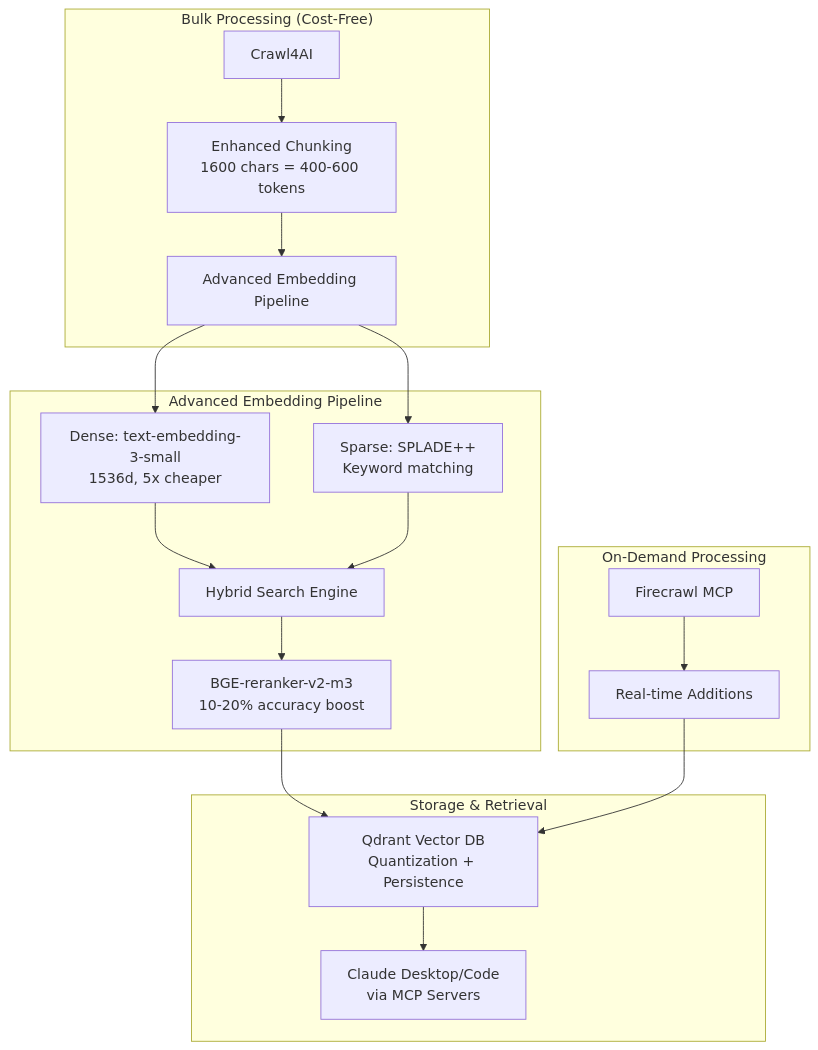
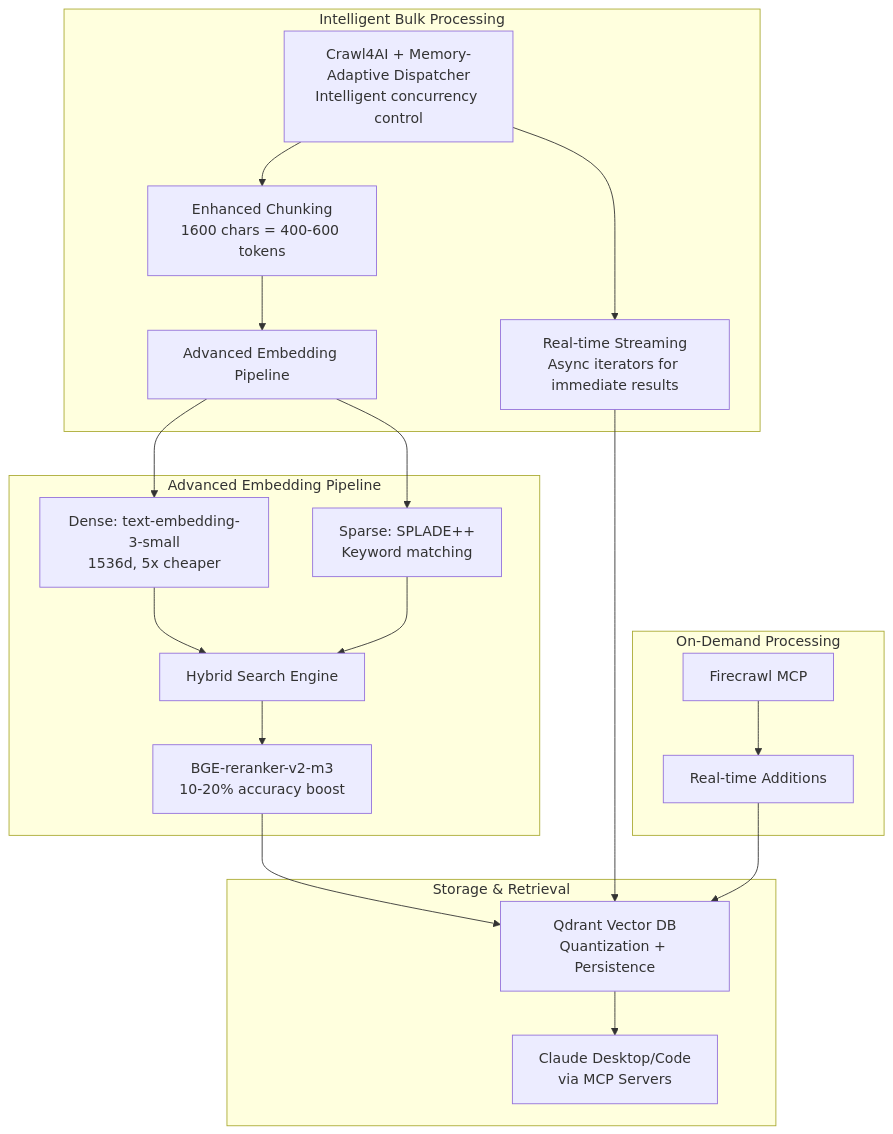
Before and after one commit to BjornMelin/ai-docs-vector-db-hybrid-scraper: the diagram in README.md, drawn with Mermaid. The commit also changed other lines of this file and 48 other files, not shown here.

First line of the commit message:
feat: implement Memory-Adaptive Dispatcher for intelligent concurrency control (#98)

````diff
--- a/README.md
+++ b/README.md
@@ -159,25 +161,27 @@
 ```mermaid
 flowchart TB
-    subgraph "Bulk Processing (Cost-Free)"
-        A[Crawl4AI] --> B[Enhanced Chunking<br/>1600 chars = 400-600 tokens]
+    subgraph "Intelligent Bulk Processing"
+        A[Crawl4AI + Memory-Adaptive Dispatcher<br/>Intelligent concurrency control] --> B[Enhanced Chunking<br/>1600 chars = 400-600 tokens]
+        A --> A1[Real-time Streaming<br/>Async iterators for immediate results]
         B --> C[Advanced Embedding Pipeline]
     end
 
     subgraph "Advanced Embedding Pipeline"
         C --> D[Dense: text-embedding-3-small<br/>1536d, 5x cheaper]
         C --> E[Sparse: SPLADE++<br/>Keyword matching]
         D --> F[Hybrid Search Engine]
         E --> F
         F --> G[BGE-reranker-v2-m3<br/>10-20% accuracy boost]
     end
 
     subgraph "Storage & Retrieval"
         G --> H[Qdrant Vector DB<br/>Quantization + Persistence]
+        A1 --> H
         H --> I[Claude Desktop/Code<br/>via MCP Servers]
     end
 
     subgraph "On-Demand Processing"
         J[Firecrawl MCP] --> K[Real-time Additions]
         K --> H
     end
 ```
````
